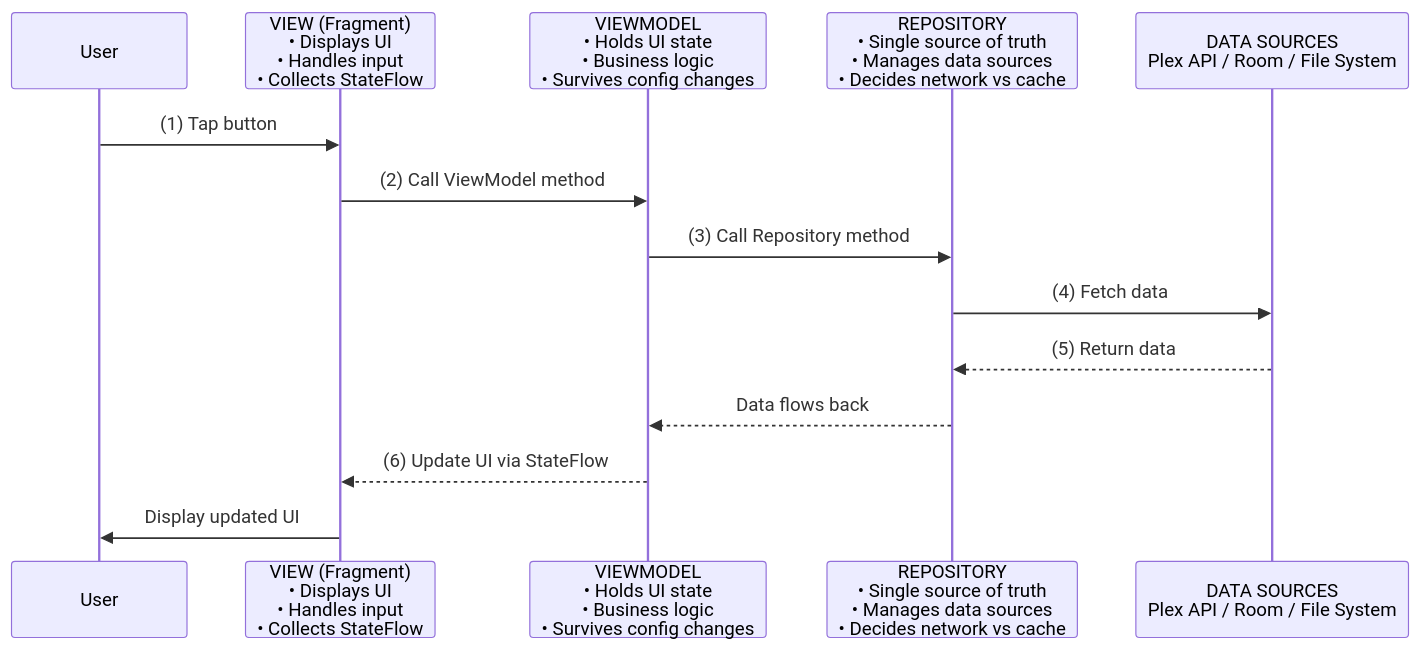
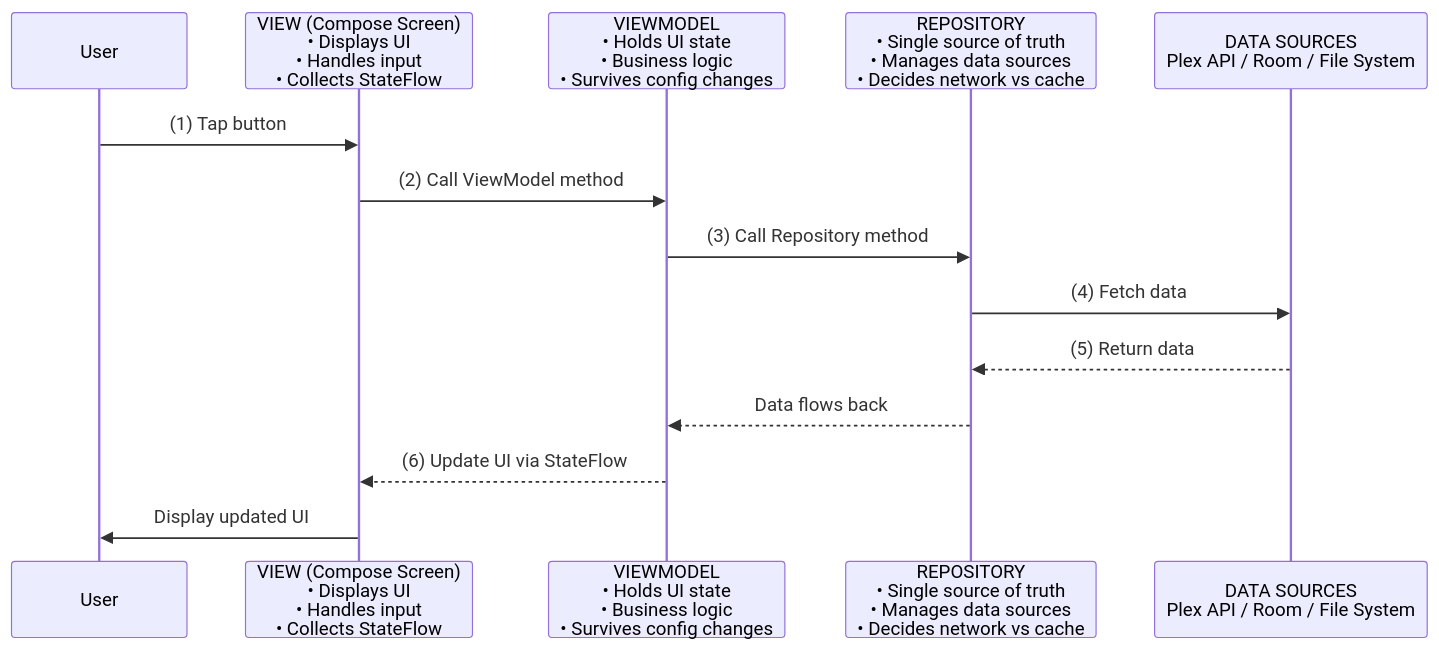
One commit to alebianco/chronicle changed the second of 8 diagrams in backlog/docs/reference/07-visual-guide.md. Above: the diagram before and after it, drawn with Mermaid. The commit also changed other lines of this file and 73 other files, not shown here.

````diff
--- a/backlog/docs/reference/07-visual-guide.md
+++ b/backlog/docs/reference/07-visual-guide.md
@@ -69,17 +69,17 @@
 ```mermaid
 sequenceDiagram
     participant User
-    participant View as VIEW (Fragment)<br/>• Displays UI<br/>• Handles input<br/>• Collects StateFlow
+    participant View as VIEW (Compose Screen)<br/>• Displays UI<br/>• Handles input<br/>• Collects StateFlow
     participant VM as VIEWMODEL<br/>• Holds UI state<br/>• Business logic<br/>• Survives config changes
     participant Repo as REPOSITORY<br/>• Single source of truth<br/>• Manages data sources<br/>• Decides network vs cache
     participant DS as DATA SOURCES<br/>Plex API / Room / File System
     
     User->>View: (1) Tap button
     View->>VM: (2) Call ViewModel method
     VM->>Repo: (3) Call Repository method
     Repo->>DS: (4) Fetch data
     DS-->>Repo: (5) Return data
     Repo-->>VM: Data flows back
     VM-->>View: (6) Update UI via StateFlow
     View->>User: Display updated UI
 ```
````
